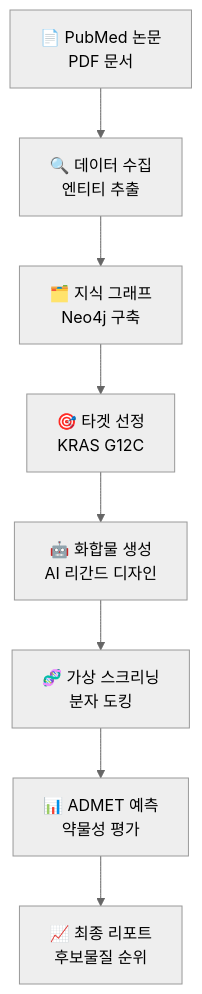
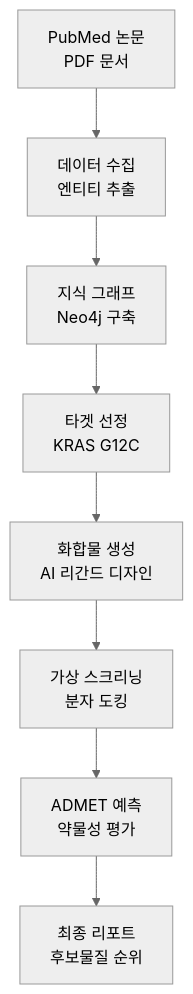
The diagram in README.md (surplus96/BioInfo-SynapseRX), drawn with Mermaid (neutral theme) before and after one commit. The commit also changed other lines of this file, not shown here.

````diff
--- a/README.md
+++ b/README.md
@@ -53,10 +53,10 @@
 ```mermaid
 graph TD
-    A[📄 PubMed 논문<br/>PDF 문서] --> B[🔍 데이터 수집<br/>엔티티 추출]
-    B --> C[🗂️ 지식 그래프<br/>Neo4j 구축]
-    C --> D[🎯 타겟 선정<br/>KRAS G12C]
-    D --> E[🤖 화합물 생성<br/>AI 리간드 디자인]
-    E --> F[🧬 가상 스크리닝<br/>분자 도킹]
-    F --> G[📊 ADMET 예측<br/>약물성 평가]
-    G --> H[📈 최종 리포트<br/>후보물질 순위]
+    A[PubMed 논문<br/>PDF 문서] --> B[데이터 수집<br/>엔티티 추출]
+    B --> C[지식 그래프<br/>Neo4j 구축]
+    C --> D[타겟 선정<br/>KRAS G12C]
+    D --> E[화합물 생성<br/>AI 리간드 디자인]
+    E --> F[가상 스크리닝<br/>분자 도킹]
+    F --> G[ADMET 예측<br/>약물성 평가]
+    G --> H[최종 리포트<br/>후보물질 순위]
 ```
````
